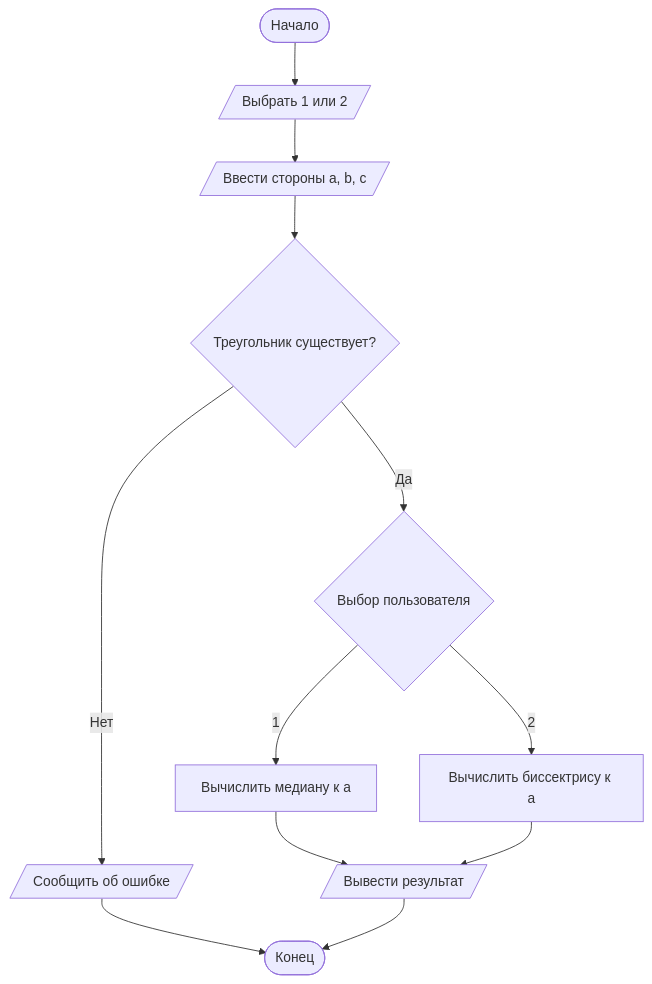
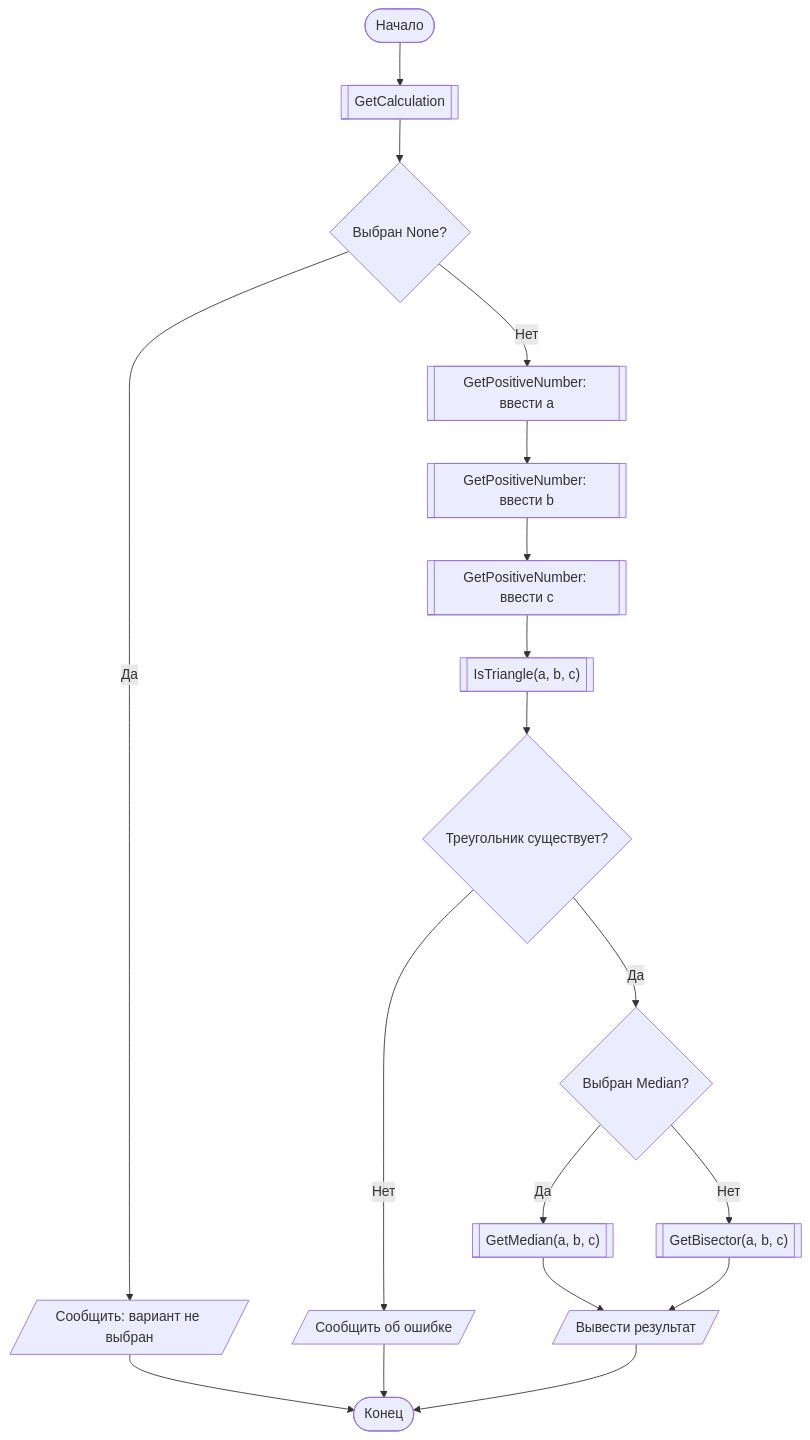
The first of 6 diagrams in Task 2/Task 2-1/Отчёт.md (lonelyy228/algoritmization-ibd621-2-variant-25-rework), drawn with Mermaid before and after one commit. The commit also changed other lines of this file and 1 other file, not shown here.

Commit message:
Доработаны enum и схемы задания 2-1

````diff
--- a/Task 2/Task 2-1/Отчёт.md
+++ b/Task 2/Task 2-1/Отчёт.md
@@ -12,14 +16,20 @@
 ```mermaid
 flowchart TD
-    A([Начало]) --> B[/Выбрать 1 или 2/]
-    B --> C[/Ввести стороны a, b, c/]
-    C --> D{Треугольник существует?}
-    D -- Нет --> E[/Сообщить об ошибке/]
-    D -- Да --> F{Выбор пользователя}
-    F -- 1 --> G[Вычислить медиану к a]
-    F -- 2 --> H[Вычислить биссектрису к a]
-    G --> I[/Вывести результат/]
-    H --> I
-    E --> J([Конец])
-    I --> J
+    A([Начало]) --> B[["GetCalculation"]]
+    B --> C{"Выбран None?"}
+    C -- Да --> D[/"Сообщить: вариант не выбран"/]
+    C -- Нет --> E[["GetPositiveNumber: ввести a"]]
+    E --> F[["GetPositiveNumber: ввести b"]]
+    F --> G[["GetPositiveNumber: ввести c"]]
+    G --> H[["IsTriangle(a, b, c)"]]
+    H --> I{"Треугольник существует?"}
+    I -- Нет --> J[/"Сообщить об ошибке"/]
+    I -- Да --> K{"Выбран Median?"}
+    K -- Да --> L[["GetMedian(a, b, c)"]]
+    K -- Нет --> M[["GetBisector(a, b, c)"]]
+    L --> N[/"Вывести результат"/]
+    M --> N
+    D --> O([Конец])
+    J --> O
+    N --> O
 ```
````
